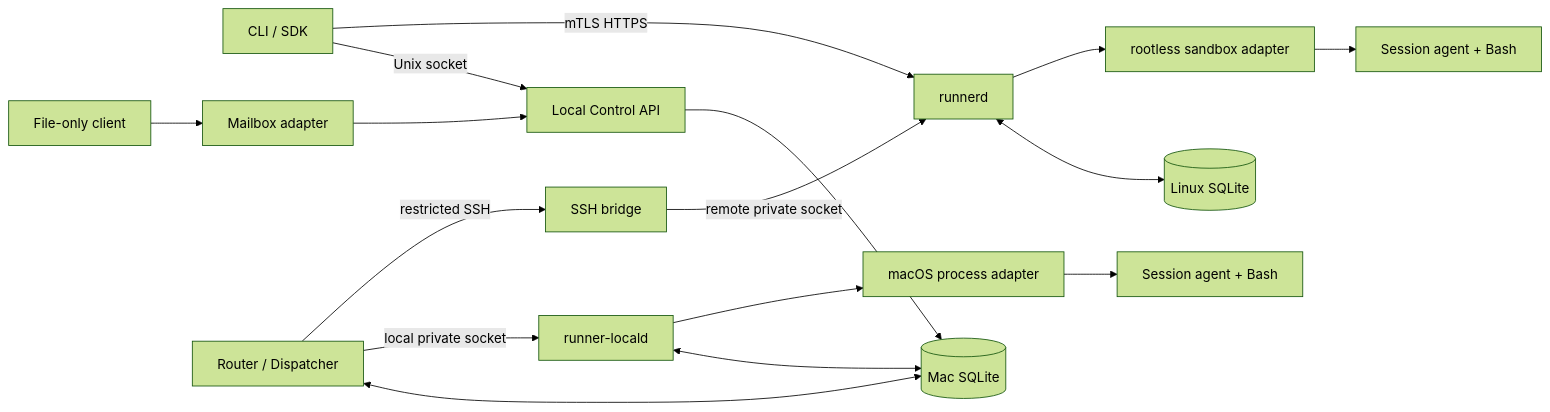
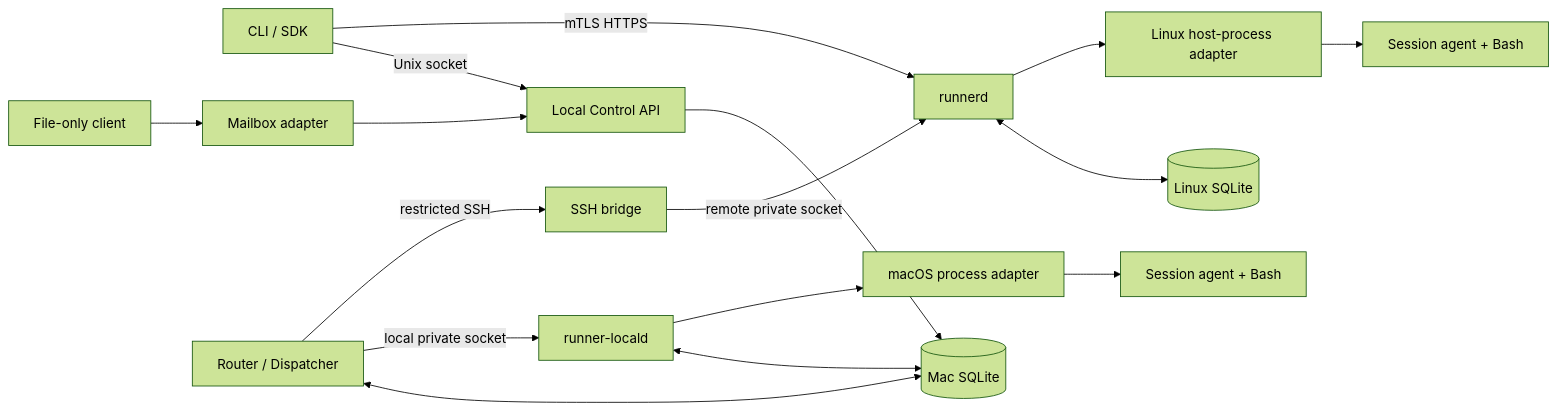
The diagram in 030-detailed-design/010-remote-session-runner-detailed-design.md (gavrilo123456/remote-session-runner), drawn with Mermaid (forest theme) before and after one commit. The commit also changed other lines of this file and 2 other files, not shown here.

Commit message:
docs: select Linux host-process PoC and public mTLS

````diff
--- a/030-detailed-design/010-remote-session-runner-detailed-design.md
+++ b/030-detailed-design/010-remote-session-runner-detailed-design.md
@@ -42,18 +42,18 @@
 ```mermaid
 flowchart LR
     CLI[CLI / SDK] -->|Unix socket| API[Local Control API]
     LLM[File-only client] --> MB[Mailbox adapter]
     MB --> API
     API --> LDB[(Mac SQLite)]
     ROUTER[Router / Dispatcher] <--> LDB
     ROUTER -->|local private socket| LOCALD[runner-locald]
     LOCALD <--> LDB
     LOCALD --> LR[macOS process adapter]
     LR --> LA[Session agent + Bash]
     ROUTER -->|restricted SSH| BRIDGE[SSH bridge]
     BRIDGE -->|remote private socket| RD[runnerd]
     CLI -->|mTLS HTTPS| RD
     RD <--> RDB[(Linux SQLite)]
-    RD --> RR[rootless sandbox adapter]
+    RD --> RR[Linux host-process adapter]
     RR --> RA[Session agent + Bash]
 ```
````
